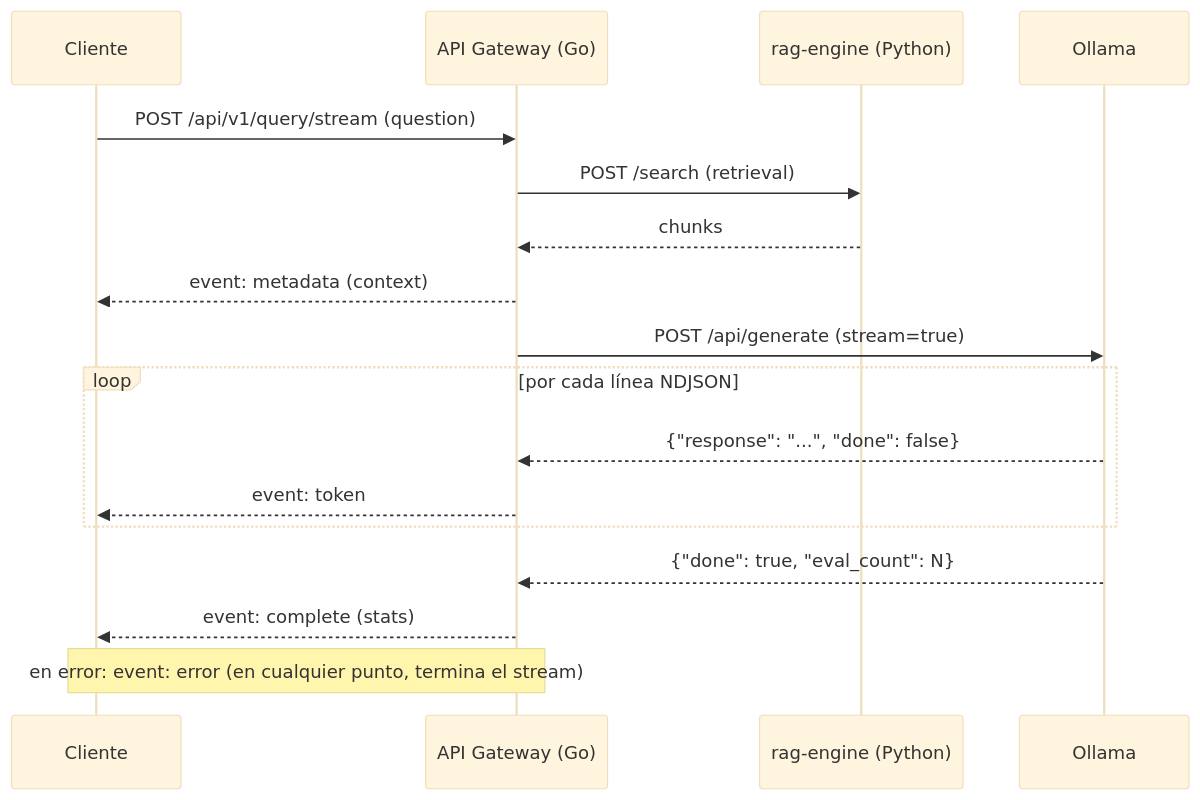
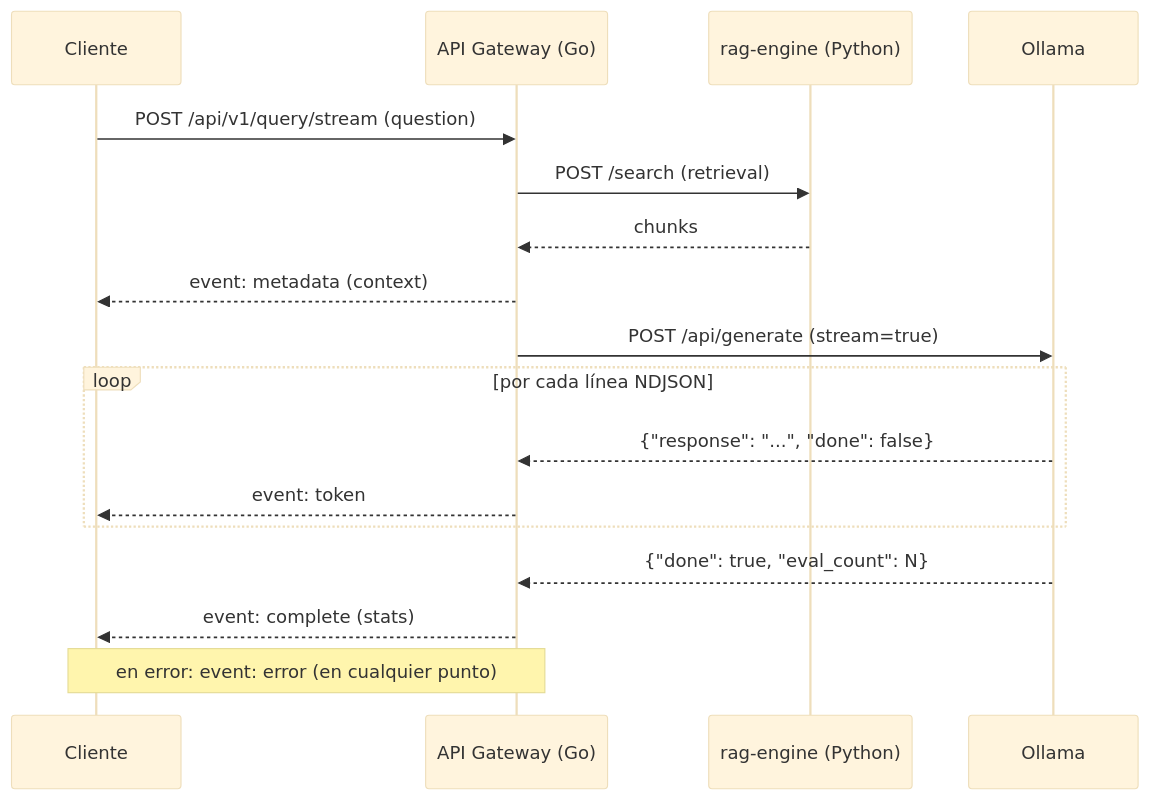
The diagram in services/gateway-go/README.md (javieralone/Manual-RAG), drawn with Mermaid (base theme) before and after one commit. The commit also changed other lines of this file, not shown here.

````diff
--- a/services/gateway-go/README.md
+++ b/services/gateway-go/README.md
@@ -133,20 +136,20 @@
 ```mermaid
 sequenceDiagram
     participant Cliente
     participant Gateway as API Gateway (Go)
     participant RAG as rag-engine (Python)
     participant Ollama
 
     Cliente->>Gateway: POST /api/v1/query/stream (question)
     Gateway->>RAG: POST /search (retrieval)
     RAG-->>Gateway: chunks
     Gateway-->>Cliente: event: metadata (context)
     Gateway->>Ollama: POST /api/generate (stream=true)
     loop por cada línea NDJSON
         Ollama-->>Gateway: {"response": "...", "done": false}
         Gateway-->>Cliente: event: token
     end
     Ollama-->>Gateway: {"done": true, "eval_count": N}
     Gateway-->>Cliente: event: complete (stats)
-    Note over Gateway,Cliente: en error: event: error (en cualquier punto, termina el stream)
+    Note over Gateway,Cliente: en error: event: error (en cualquier punto)
 ```
````
